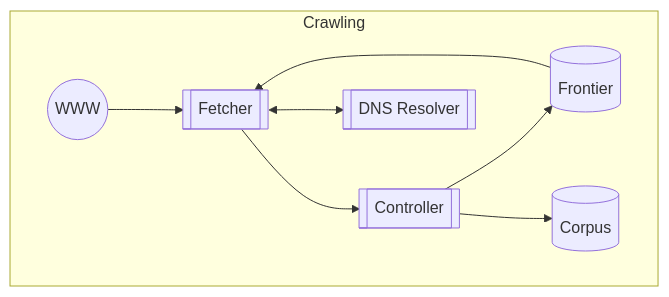
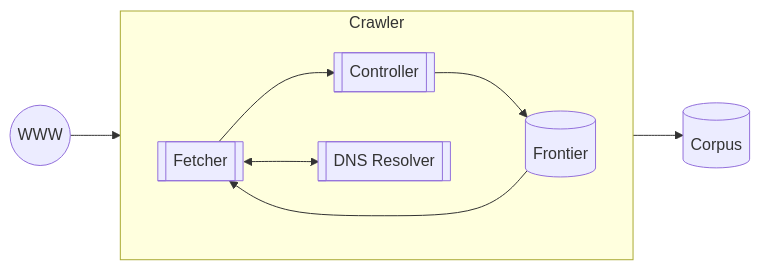
The second of 6 diagrams in Files/Resumos/P1.md (UFMG-Organizacao-de-Disciplinas/DCC831-TECC_Recuperacao_de_Informacao), drawn with Mermaid before and after one commit. The commit also changed other lines of this file, not shown here.

````diff
--- a/Files/Resumos/P1.md
+++ b/Files/Resumos/P1.md
@@ -184,17 +184,17 @@
 ```mermaid
 graph LR
 
-  subgraph Crawling
+  WWW((WWW))
+  subgraph Crawler
     direction LR
-    WWW((WWW))
     fetch[[Fetcher]]
     DNS[[DNS Resolver]]
     contr[[Controller]]
     front[(Frontier)]
-    corp[(Corpus)]
   end
+  corp[(Corpus)]
 
   WWW --> fetch --> contr --> front & corp
   front --> fetch
   fetch <--> DNS
 ```
````
